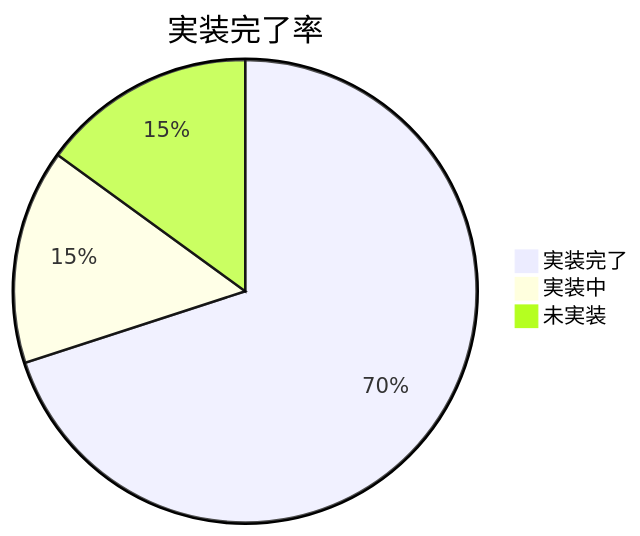
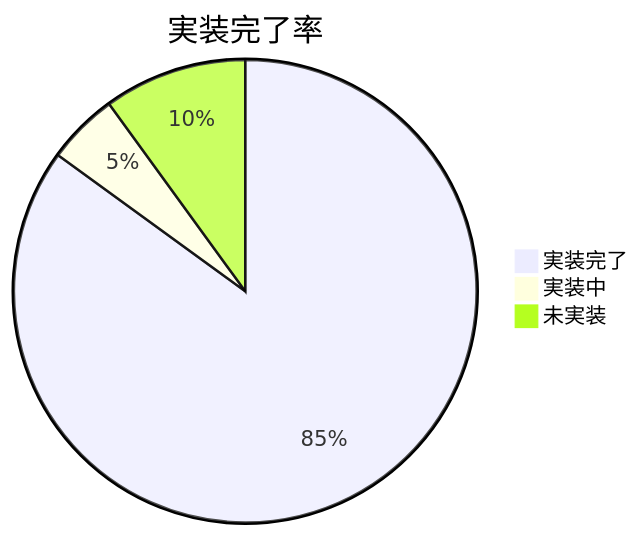
Before and after one commit to Riki-22/axia-tss: the diagram in docs/implementation/current_status.md, drawn with Mermaid. The commit also changed other lines of this file and 1 other file, not shown here.

````diff
--- a/docs/implementation/current_status.md
+++ b/docs/implementation/current_status.md
@@ -26,6 +26,6 @@
 ```mermaid
 pie title 実装完了率
-    "実装完了" : 70
-    "実装中" : 15
-    "未実装" : 15
+    "実装完了" : 85
+    "実装中" : 5
+    "未実装" : 10
 ```
````
